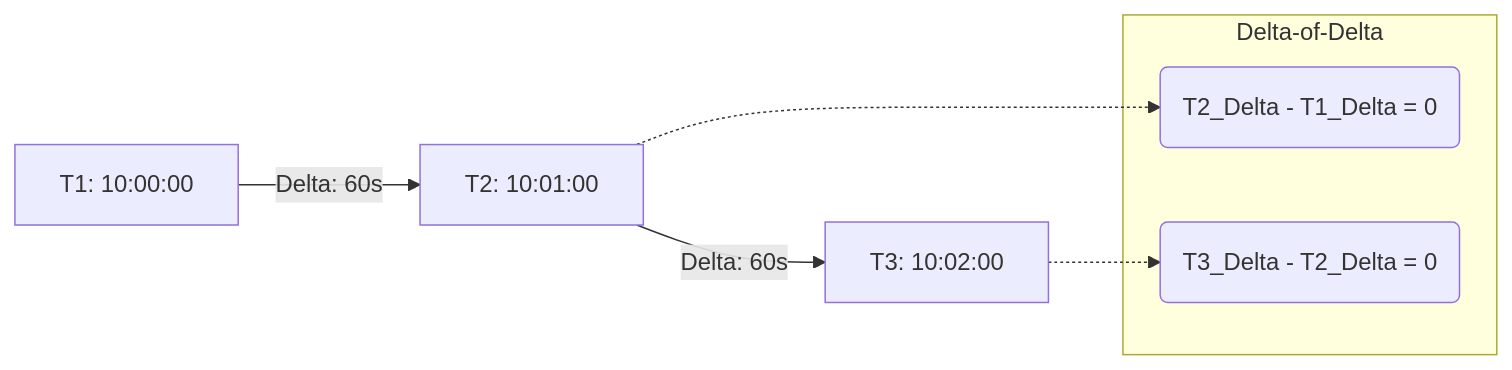
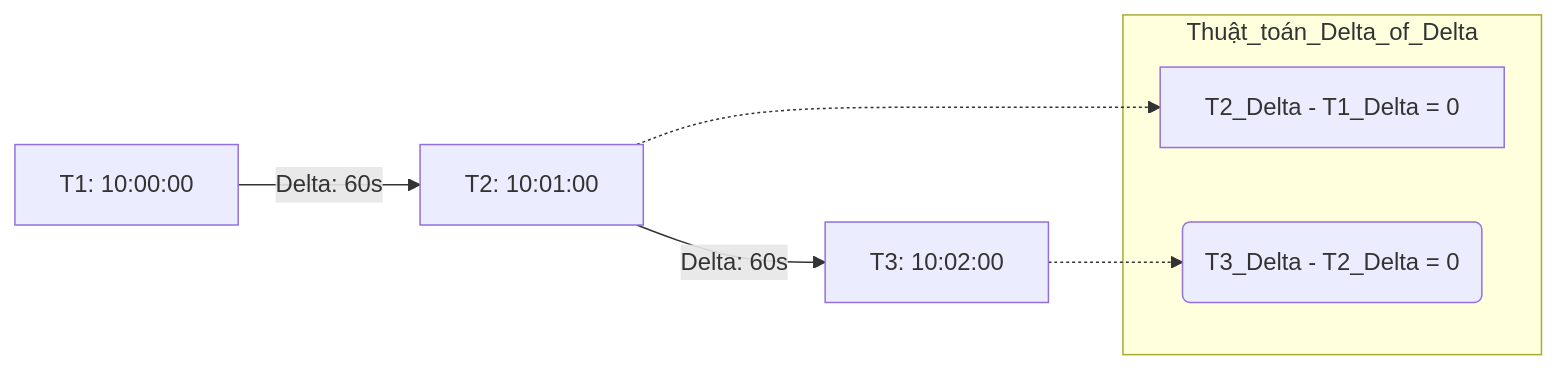
Before and after one commit to kythuatdulieu/kythuatdulieu.github.io: the first of 2 diagrams in src/content/docs/concepts/3-storage-engines-formats/time-series-databases.md, drawn with Mermaid. The commit also changed other lines of this file and 228 other files, not shown here.

Commit message:
Fix syntax and rewrite 200+ concepts docs to deep-dive system architecture and add GA4 tracking to quiz app

````diff
--- a/src/content/docs/concepts/3-storage-engines-formats/time-series-databases.md
+++ b/src/content/docs/concepts/3-storage-engines-formats/time-series-databases.md
@@ -28,13 +32,13 @@
 ```mermaid
 flowchart LR
     A["T1: 10:00:00"] -->|Delta: 60s| B["T2: 10:01:00"]
     B -->|Delta: 60s| C["T3: 10:02:00"]
     
-    subgraph Delta-of-Delta
-        D("T2_Delta - T1_Delta = 0")
+    subgraph Thuật_toán_Delta_of_Delta
+        D["T2_Delta - T1_Delta = 0"]
         E("T3_Delta - T2_Delta = 0")
     end
     
     B -.-> D
     C -.-> E
 ```
````
